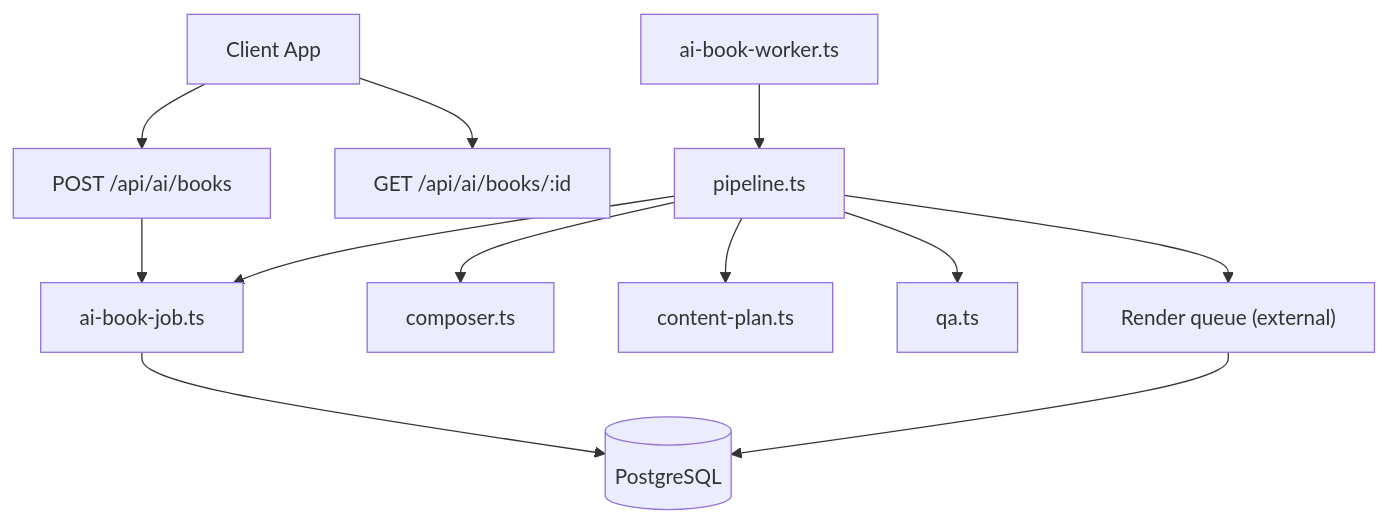
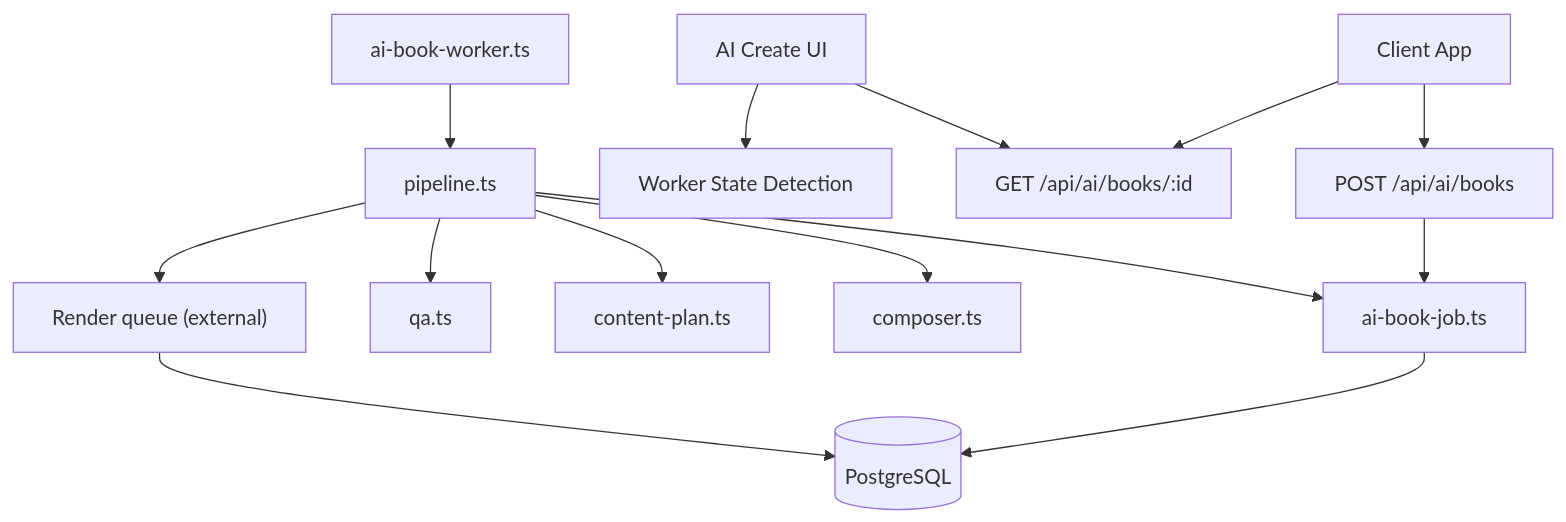
The first of 13 diagrams in .qoder/repowiki/en/content/Architecture Overview/AI Book Generation System.md (Crowdspender/titchybooks-app), drawn with Mermaid before and after one commit. The commit also changed other lines of this file and 13 other files, not shown here.

````diff
--- a/.qoder/repowiki/en/content/Architecture Overview/AI Book Generation System.md
+++ b/.qoder/repowiki/en/content/Architecture Overview/AI Book Generation System.md
@@ -55,14 +59,16 @@
 ```mermaid
 graph TB
 Client["Client App"] --> BooksAPI["POST /api/ai/books"]
 Client --> StatusAPI["GET /api/ai/books/:id"]
 BooksAPI --> JobLib["ai-book-job.ts"]
 JobLib --> DB[("PostgreSQL")]
 Worker["ai-book-worker.ts"] --> Pipeline["pipeline.ts"]
 Pipeline --> JobLib
 Pipeline --> Composer["composer.ts"]
 Pipeline --> ContentPlan["content-plan.ts"]
 Pipeline --> QA["qa.ts"]
 Pipeline --> RenderJob["Render queue (external)"]
 RenderJob --> DB
+UI["AI Create UI"] --> StatusAPI
+UI --> WorkerStatus["Worker State Detection"]
 ```
````
